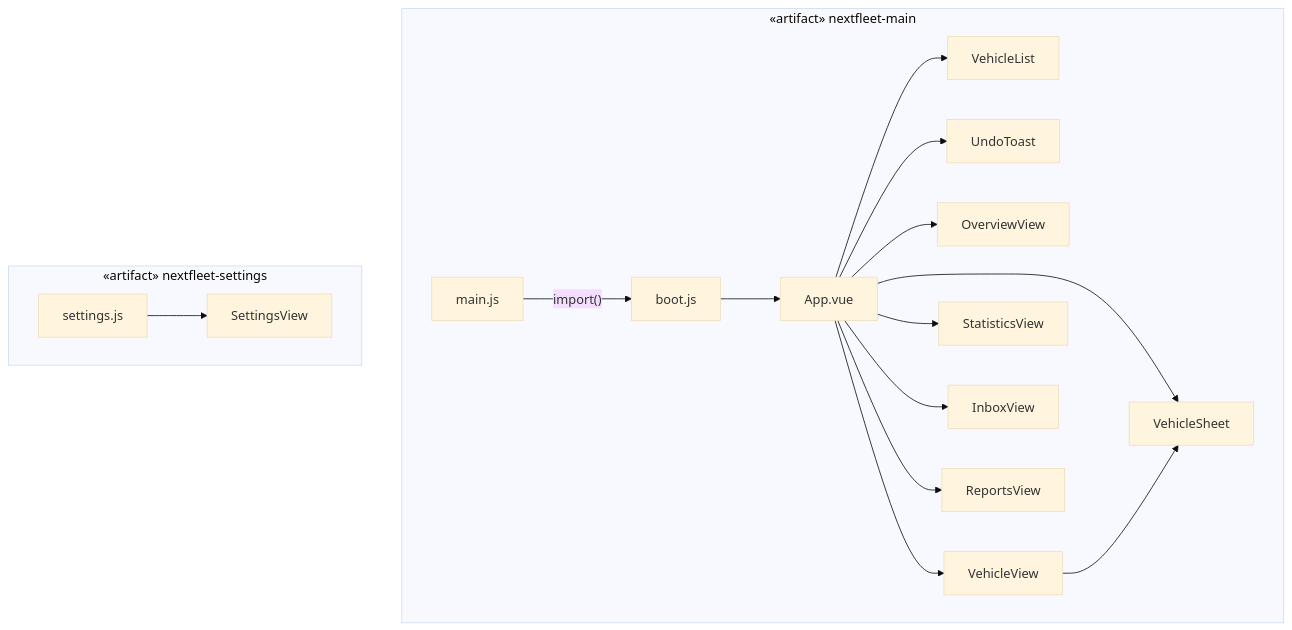
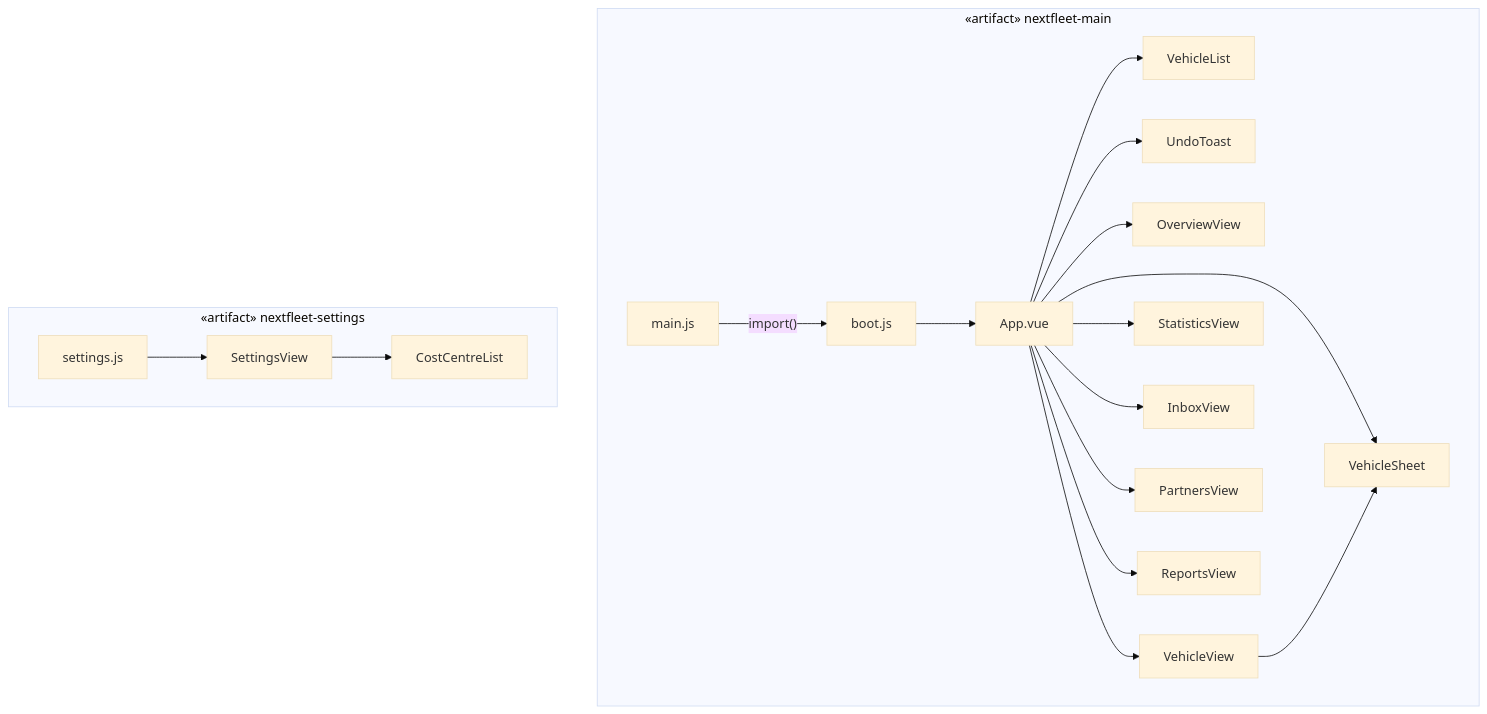
The eighth of 12 diagrams in docs/design/components.md (typical42/next-fleet), drawn with Mermaid (base theme) before and after one commit. The commit also changed other lines of this file and 205 other files, not shown here.

````diff
--- a/docs/design/components.md
+++ b/docs/design/components.md
@@ -236,25 +274,27 @@
 ```mermaid
 flowchart TB
     subgraph mainBundle["«artifact» nextfleet-main"]
         main["main.js"]
         boot["boot.js"]
         App["App.vue"]
         List["VehicleList"]
         Sheet["VehicleSheet"]
         Undo["UndoToast"]
         Overview["OverviewView"]
         VehicleView["VehicleView"]
         Statistics["StatisticsView"]
         Inbox["InboxView"]
+        Partners["PartnersView"]
         Reports["ReportsView"]
     end
     subgraph settingsBundle["«artifact» nextfleet-settings"]
         settings["settings.js"]
         SettingsView["SettingsView"]
+        CostCentres["CostCentreList"]
     end
     main -->|"import()"| boot --> App
     App --> List & Sheet & Undo
-    App --> Overview & VehicleView & Statistics & Inbox & Reports
+    App --> Overview & VehicleView & Statistics & Inbox & Partners & Reports
     VehicleView --> Sheet
-    settings --> SettingsView
+    settings --> SettingsView --> CostCentres
 ```
````
